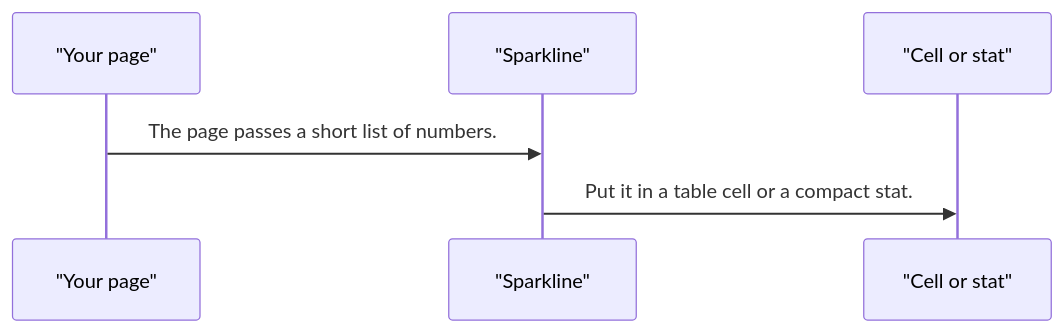
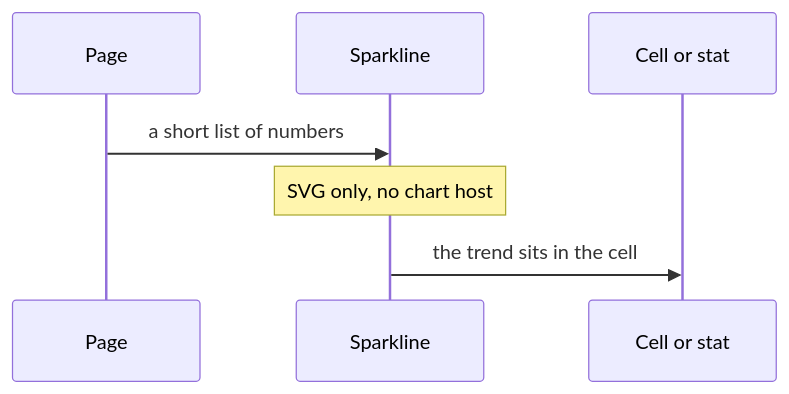
The second of 3 diagrams in projects/pixel-ui/src/lib/pixel-chart-sparkline/DESIGN.md (RajshekharBorate/pixel-ui), drawn with Mermaid before and after one commit. The commit also changed other lines of this file and 73 other files, not shown here.

Commit message:
Explain who owns each value and what each flow does in every component and service design.

````diff
--- a/projects/pixel-ui/src/lib/pixel-chart-sparkline/DESIGN.md
+++ b/projects/pixel-ui/src/lib/pixel-chart-sparkline/DESIGN.md
@@ -43,8 +59,9 @@
 ```mermaid
 sequenceDiagram
-  participant page as "Your page"
-  participant plot as "Sparkline"
-  participant cell as "Cell or stat"
-  page->>plot: The page passes a short list of numbers.
-  plot->>cell: Put it in a table cell or a compact stat.
+  participant Page
+  participant Plot as Sparkline
+  participant Cell as Cell or stat
+  Page->>Plot: a short list of numbers
+  Note over Plot: SVG only, no chart host
+  Plot->>Cell: the trend sits in the cell
 ```
````
